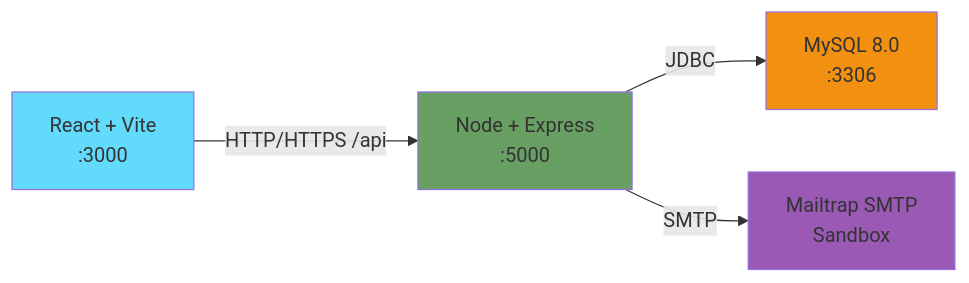
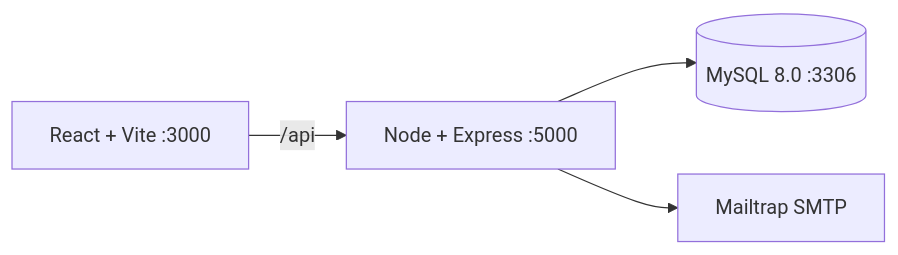
One commit to AlvaroCeballos/Educonnect-platform-Functional-testing changed the diagram in docs/Manuales/manual_tecnico.md. Above: the diagram before and after it, drawn with Mermaid. The commit also changed other lines of this file and 3 other files, not shown here.

````diff
--- a/docs/Manuales/manual_tecnico.md
+++ b/docs/Manuales/manual_tecnico.md
@@ -10,16 +5,6 @@
 ```mermaid
 flowchart LR
-  Browser[" React + Vite<br/>:3000"]
-  API[" Node + Express<br/>:5000"]
-  DB[" MySQL 8.0<br/>:3306"]
-  SMTP[" Mailtrap SMTP<br/>Sandbox"]
-
-  Browser -->|HTTP/HTTPS /api| API
-  API -->|JDBC| DB
-  API -->|SMTP| SMTP
-  
-  style Browser fill:#61dafb
-  style API fill:#68a063
-  style DB fill:#f29111
-  style SMTP fill:#9b59b6
+  Browser[React + Vite :3000] -->|/api| API[Node + Express :5000]
+  API --> DB[(MySQL 8.0 :3306)]
+  API --> SMTP[Mailtrap SMTP]
 ```
````
